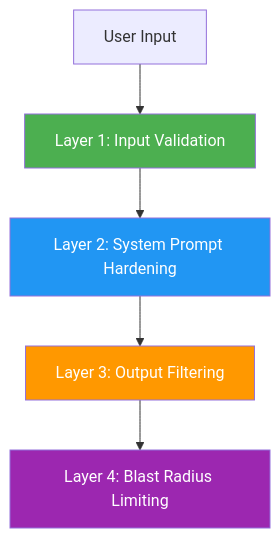
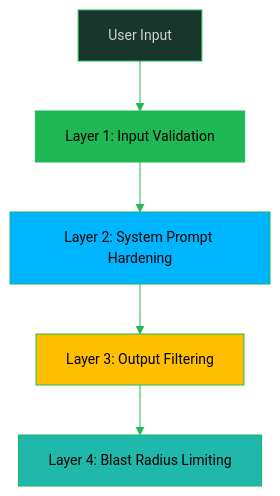
The diagram in computing-foundation-note/Artificial_Intelligence/11_Prompt_Engineering_and_Security.md (oat431/swe-knowledge), drawn with Mermaid before and after one commit. The commit also changed other lines of this file and 139 other files, not shown here.

````diff
--- a/computing-foundation-note/Artificial_Intelligence/11_Prompt_Engineering_and_Security.md
+++ b/computing-foundation-note/Artificial_Intelligence/11_Prompt_Engineering_and_Security.md
@@ -65,12 +65,13 @@
 ```mermaid
+%%{init: {'theme':'base','themeVariables':{'primaryColor':'#19362D','primaryTextColor':'#CDD3D1','primaryBorderColor':'#1FB854','lineColor':'#1FB854','secondaryColor':'#161212','tertiaryColor':'#1B1717','background':'#1B1717','mainBkg':'#19362D','nodeBorder':'#1FB854','clusterBkg':'#161212','clusterBorder':'#19362D','titleColor':'#1FB854','edgeLabelBackground':'#161212','fontSize':'14px'}}}%%
 flowchart TD
     INPUT["User Input"] --> L1["Layer 1: Input Validation"]
     L1 --> L2["Layer 2: System Prompt Hardening"]
     L2 --> L3["Layer 3: Output Filtering"]
     L3 --> L4["Layer 4: Blast Radius Limiting"]
     
-    style L1 fill:#4CAF50,color:#fff
-    style L2 fill:#2196F3,color:#fff
-    style L3 fill:#FF9800,color:#fff
-    style L4 fill:#9C27B0,color:#fff
+    style L1 fill:#1FB854,color:#000000
+    style L2 fill:#00B5FF,color:#000000
+    style L3 fill:#FFBE00,color:#000000
+    style L4 fill:#1FB8AB,color:#000000
 ```
````
